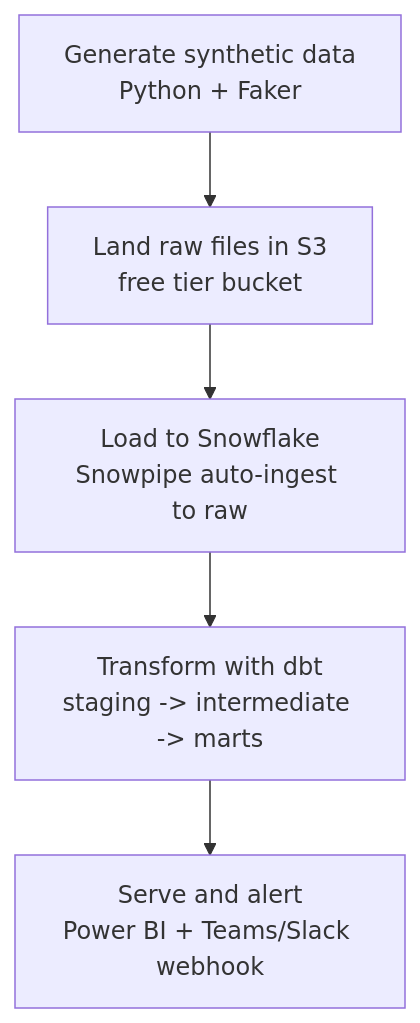
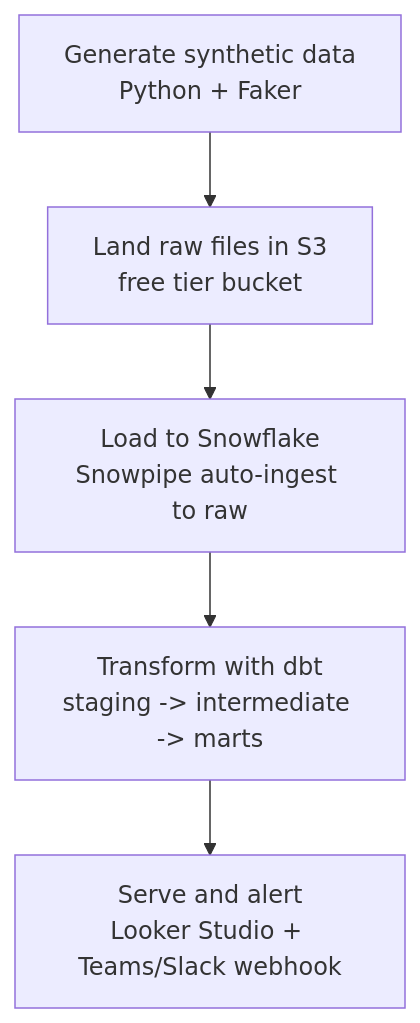
One commit to faizantanveeer/claimpulse changed the second of 3 diagrams in documentation/ARCHITECTURE.md. Above: the diagram before and after it, drawn with Mermaid. The commit also changed other lines of this file and 11 other files, not shown here.

````diff
--- a/documentation/ARCHITECTURE.md
+++ b/documentation/ARCHITECTURE.md
@@ -63,7 +63,7 @@
 ```mermaid
 flowchart TD
     A[Generate synthetic data<br/>Python + Faker] --> B[Land raw files in S3<br/>free tier bucket]
     B --> C[Load to Snowflake<br/>Snowpipe auto-ingest to raw]
     C --> D[Transform with dbt<br/>staging -> intermediate -> marts]
-    D --> E[Serve and alert<br/>Power BI + Teams/Slack webhook]
+    D --> E[Serve and alert<br/>Looker Studio + Teams/Slack webhook]
 ```
````
